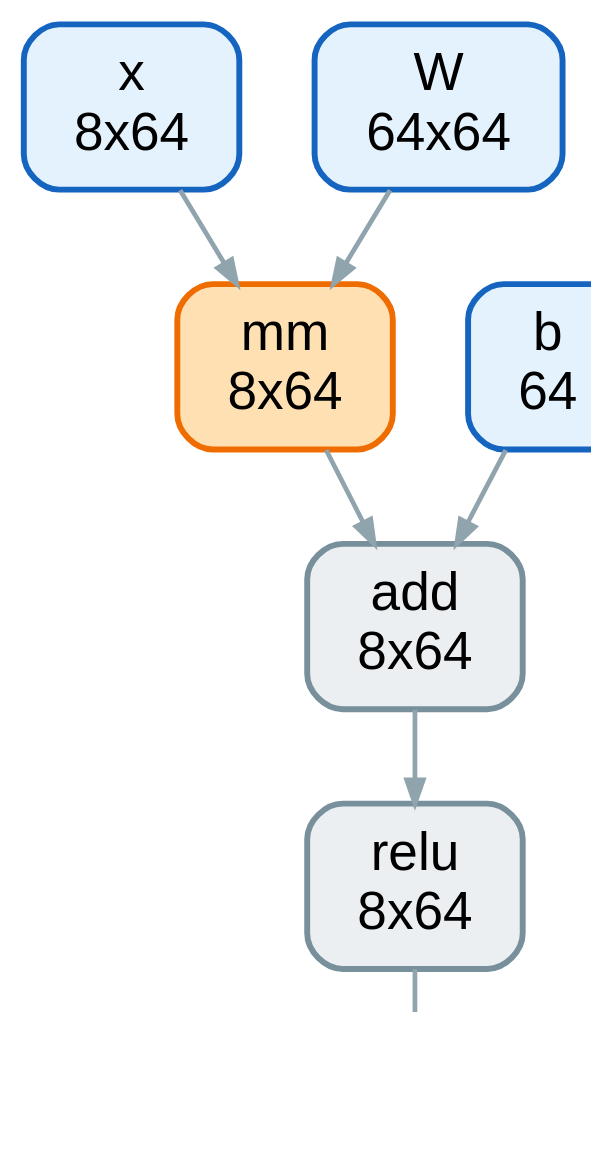
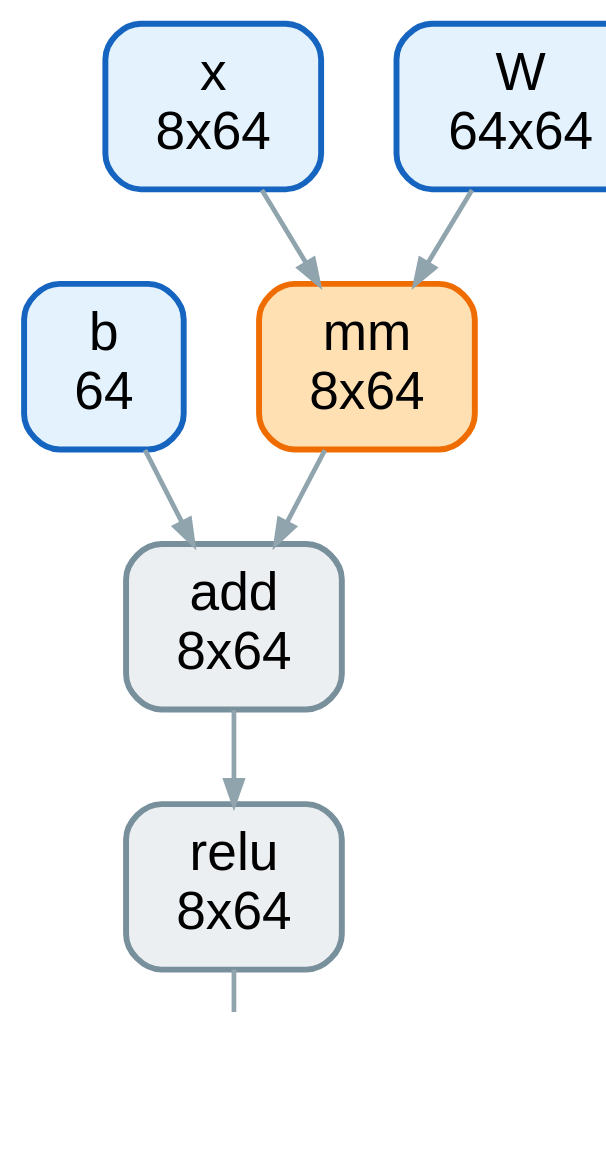
One commit to panther03/kuiLLM changed the diagram in etc/graphviz/simple_graph.dot. Above: the diagram before and after it, drawn with Graphviz. The commit also changed other lines of this file and 3 other files, not shown here.

First line of the commit message:
Put the highlighted op on the right of the slide graph

```diff
--- a/etc/graphviz/simple_graph.dot
+++ b/etc/graphviz/simple_graph.dot
@@ -1,18 +1,18 @@
 digraph G {
   graph [rankdir=TB, dpi=96, nodesep=0.35, ranksep=0.45, bgcolor="white"];
   node [shape=box, style="rounded,filled", fontname="Helvetica", fontsize=18, margin="0.20,0.11", penwidth=2.0];
   edge [color="#90a4ae", arrowsize=0.8, penwidth=1.6];
-  "x_1" [label="x\n8x64", fillcolor="#e3f2fd", color="#1565c0"];
-  "w_1" [label="W\n64x64", fillcolor="#e3f2fd", color="#1565c0"];
   "b_1" [label="b\n64", fillcolor="#e3f2fd", color="#1565c0"];
   "mm" [label="mm\n8x64", fillcolor="#ffe0b2", color="#ef6c00"];
   "x_1" -> "mm";
   "w_1" -> "mm";
   "add" [label="add\n8x64", fillcolor="#eceff1", color="#78909c"];
+  "b_1" -> "add";
   "mm" -> "add";
-  "b_1" -> "add";
   "relu" [label="relu\n8x64", fillcolor="#eceff1", color="#78909c"];
   "add" -> "relu";
   "output" [label="output", fillcolor="#eceff1", color="#78909c"];
   "relu" -> "output";
+  "x_1" [label="x\n8x64", fillcolor="#e3f2fd", color="#1565c0"];
+  "w_1" [label="W\n64x64", fillcolor="#e3f2fd", color="#1565c0"];
 }
```
